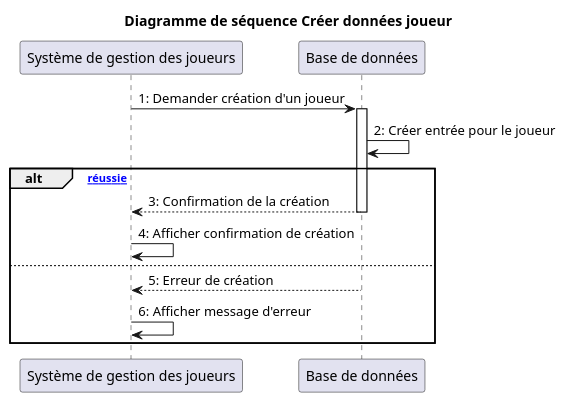
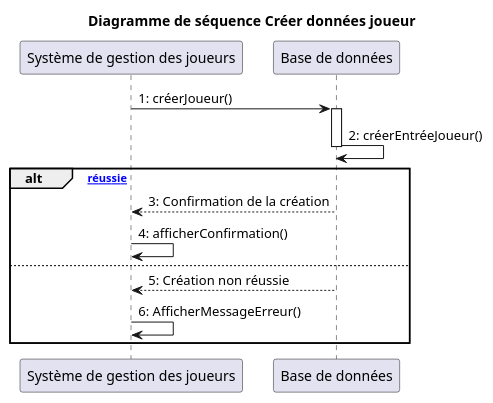
The diagram in _models/sequence_diagram_player_data_creation.puml (Al5uke/equipe9-inf5153-bataille-navale), drawn with PlantUML before and after one commit.

Commit message:
Modification option creation de donnees

```diff
--- a/_models/sequence_diagram_player_data_creation.puml
+++ b/_models/sequence_diagram_player_data_creation.puml
@@ -1,21 +1,21 @@
 @startuml
 title Diagramme de séquence Créer données joueur
 
 participant "Système de gestion des joueurs" as Systeme
 participant "Base de données" as BDD
 
-Systeme -> BDD : 1: Demander création d'un joueur
+Systeme -> BDD : 1: créerJoueur()
 activate BDD
-BDD -> BDD : 2: Créer entrée pour le joueur
+BDD -> BDD : 2: créerEntréeJoueur()
+deactivate BDD
 
 alt [Création réussie]
     BDD --> Systeme : 3: Confirmation de la création
+    
+    Systeme -> Systeme : 4: afficherConfirmation()
+else
+    BDD --> Systeme : 5: Création non réussie
     deactivate BDD
-    Systeme -> Systeme : 4: Afficher confirmation de création
-else
-    BDD --> Systeme : 5: Erreur de création
-    deactivate BDD
-    Systeme -> Systeme : 6: Afficher message d'erreur
+    Systeme -> Systeme : 6: AfficherMessageErreur()
 end
-
 @enduml
```
